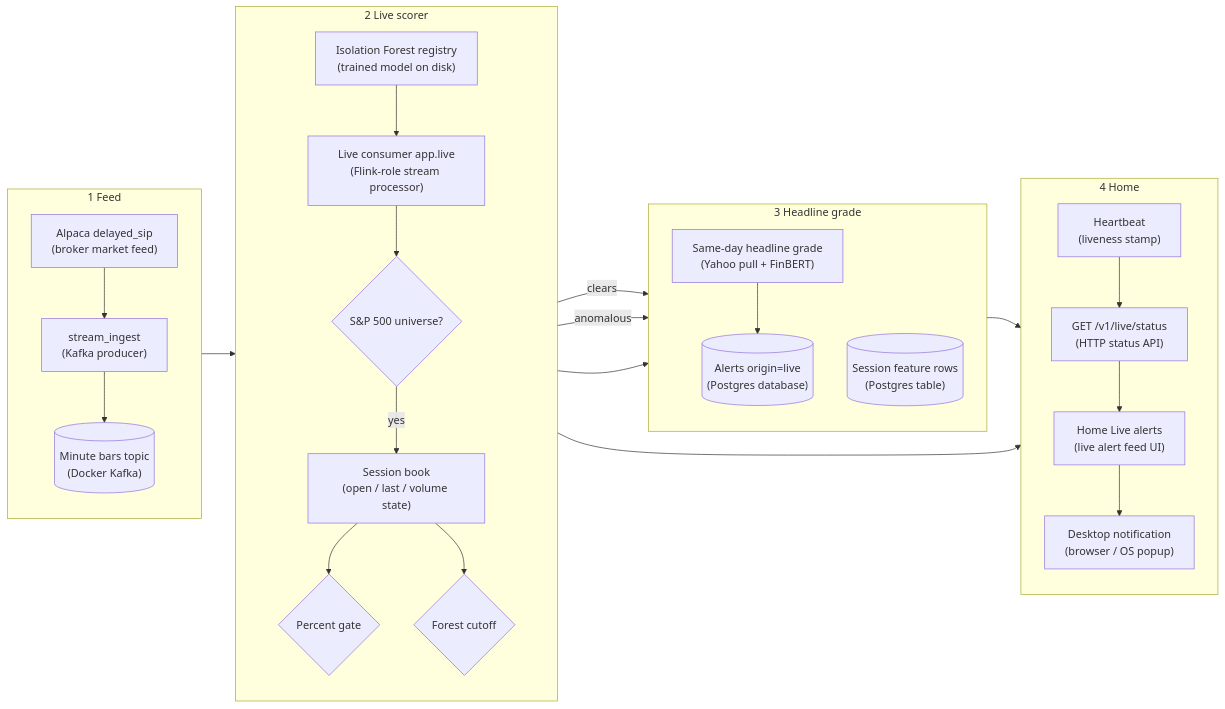
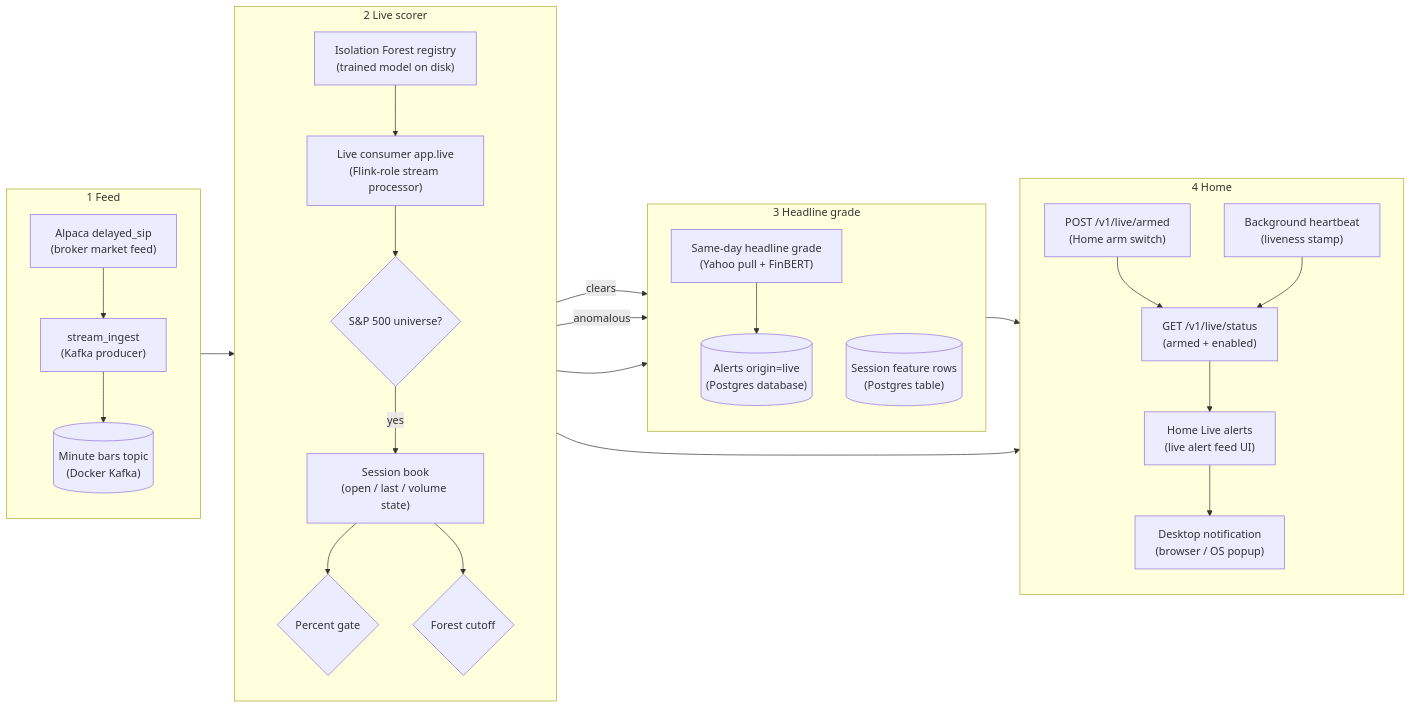
Before and after one commit to sameerde4/ticker-alert-system: the fourth of 11 diagrams in docs/architecture.md, drawn with Mermaid. The commit also changed other lines of this file and 2 other files, not shown here.

First line of the commit message:
Document AWS demo as-built Live, lake, and deploy behavior.

````diff
--- a/docs/architecture.md
+++ b/docs/architecture.md
@@ -295,35 +299,36 @@
 ```mermaid
 flowchart LR
     subgraph feed [1 Feed]
         direction TB
         ALP["Alpaca delayed_sip<br/>(broker market feed)"] --> PROD["stream_ingest<br/>(Kafka producer)"]
         PROD --> TOPIC[("Minute bars topic<br/>(Docker Kafka)")]
     end
 
     subgraph score [2 Live scorer]
         direction TB
         TOPIC --> LIVE["Live consumer app.live<br/>(Flink-role stream processor)"]
         LIVE --> UNI{S&P 500 universe?}
         REG["Isolation Forest registry<br/>(trained model on disk)"] --> LIVE
         UNI -->|yes| BOOK["Session book<br/>(open / last / volume state)"]
         BOOK --> RULE2{Percent gate}
         BOOK --> FOREST{Forest cutoff}
     end
 
     subgraph join [3 Headline grade]
         direction TB
         RULE2 -->|clears| NEWSU["Same-day headline grade<br/>(Yahoo pull + FinBERT)"]
         FOREST -->|anomalous| NEWSU
         NEWSU --> PG[("Alerts origin=live<br/>(Postgres database)")]
         FOREST --> FEAT[("Session feature rows<br/>(Postgres table)")]
     end
 
     subgraph ui [4 Home]
         direction TB
-        LIVE --> BEAT["Heartbeat<br/>(liveness stamp)"]
-        BEAT --> API["GET /v1/live/status<br/>(HTTP status API)"]
+        LIVE --> BEAT["Background heartbeat<br/>(liveness stamp)"]
+        ARM["POST /v1/live/armed<br/>(Home arm switch)"] --> API["GET /v1/live/status<br/>(armed + enabled)"]
+        BEAT --> API
         PG --> UI2["Home Live alerts<br/>(live alert feed UI)"]
         API --> UI2
         UI2 --> NOTE2["Desktop notification<br/>(browser / OS popup)"]
     end
 ```
````
